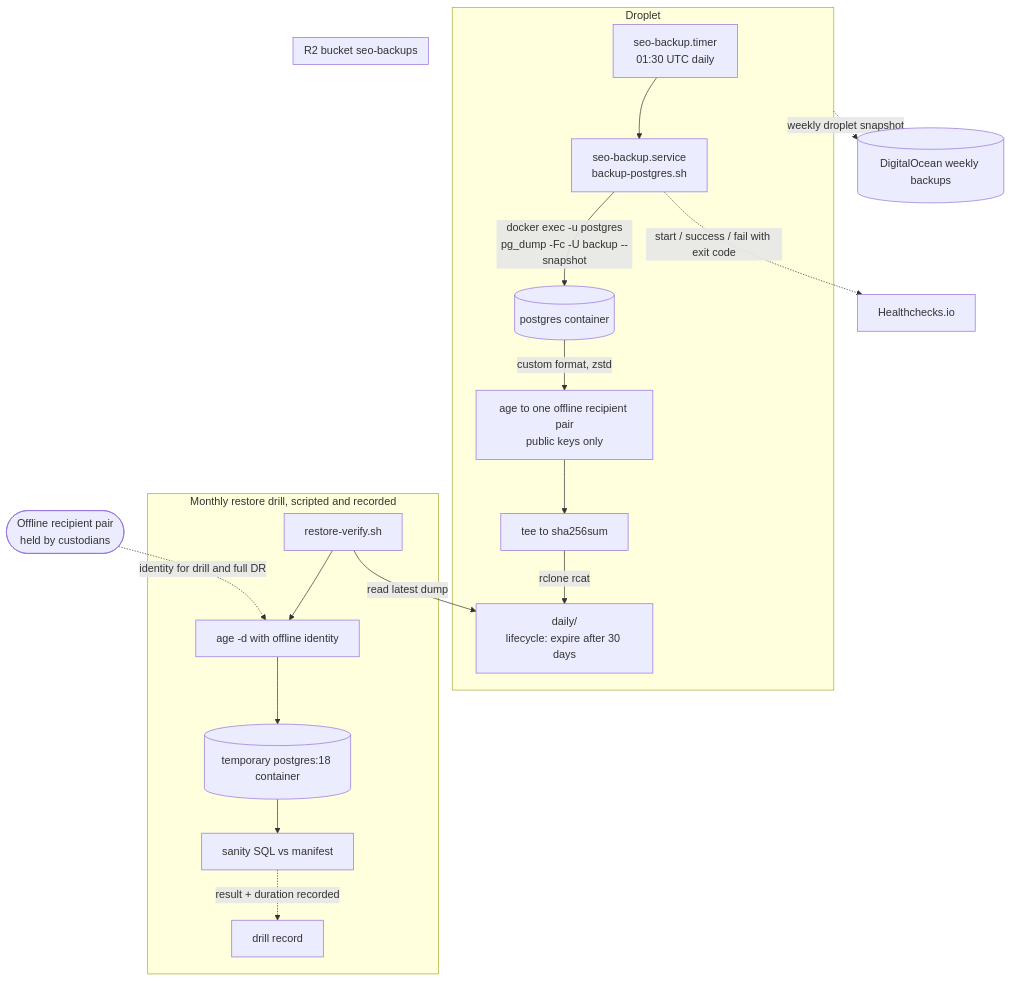
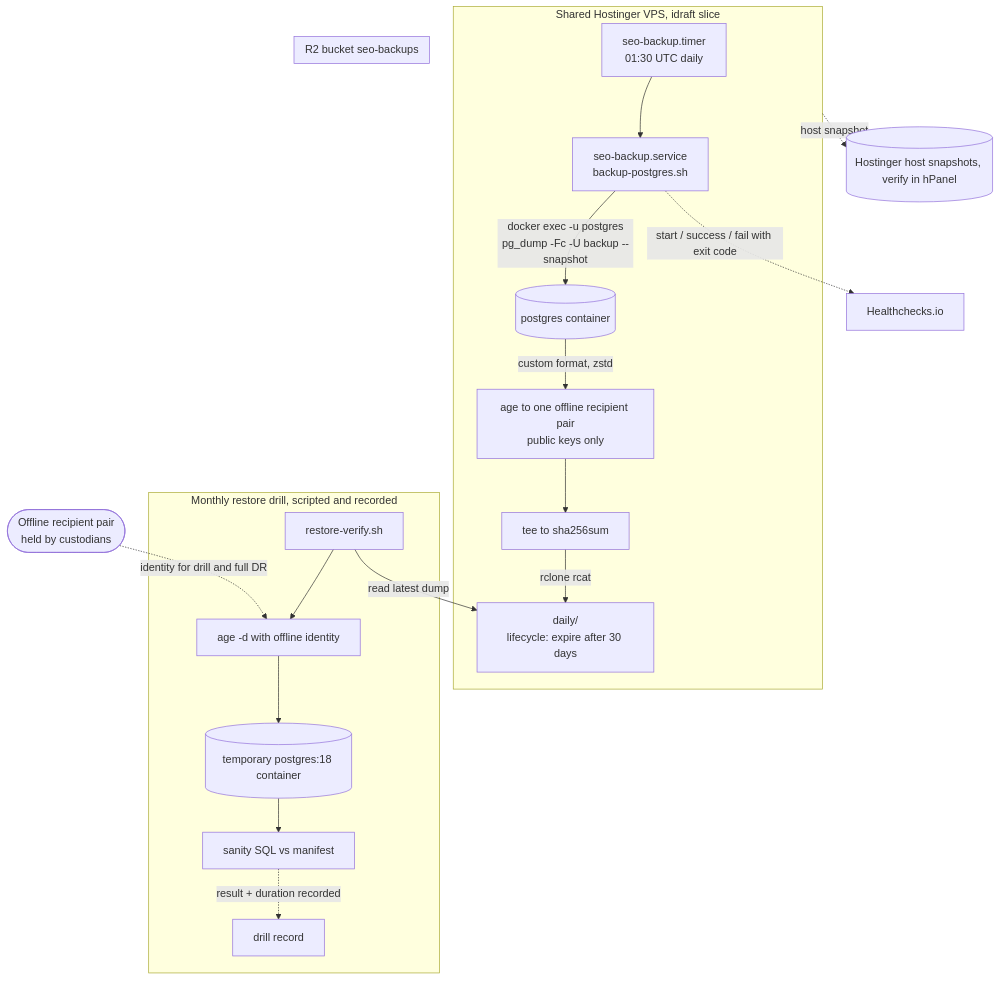
Before and after one commit to digibranders/idraft: diagram 15 of 18 in docs/diagrams/README.md, drawn with Mermaid. The commit also changed other lines of this file and 36 other files, not shown here.

First line of the commit message:
Docs: record the shared Hostinger VPS (ADR-023) across the specification

````diff
--- a/docs/diagrams/README.md
+++ b/docs/diagrams/README.md
@@ -517,31 +523,31 @@
 ```mermaid
 flowchart TB
-    subgraph droplet[Droplet]
+    subgraph droplet[Shared Hostinger VPS, idraft slice]
         timer[seo-backup.timer<br/>01:30 UTC daily]
         svc[seo-backup.service<br/>backup-postgres.sh]
         pg[(postgres container)]
         timer --> svc
         svc -->|docker exec -u postgres<br/>pg_dump -Fc -U backup --snapshot| pg
         pg -->|custom format, zstd| enc[age to one offline recipient pair<br/>public keys only]
         enc --> tee[tee to sha256sum]
         tee -->|rclone rcat| daily
     end
 
     subgraph r2b[R2 bucket seo-backups]
         daily[daily/<br/>lifecycle: expire after 30 days]
     end
 
-    droplet -. weekly droplet snapshot .-> dobk[(DigitalOcean weekly backups)]
+    droplet -. host snapshot .-> hzbk[(Hostinger host snapshots, verify in hPanel)]
     svc -. start / success / fail with exit code .-> hc[Healthchecks.io]
 
     subgraph drill[Monthly restore drill, scripted and recorded]
         rv[restore-verify.sh]
         rv -->|read latest dump| daily
         rv --> dec[age -d with offline identity]
         dec --> scratch[(temporary postgres:18 container)]
         scratch --> sanity[sanity SQL vs manifest]
         sanity -. result + duration recorded .-> log[drill record]
     end
 
     custodians([Offline recipient pair<br/>held by custodians]) -. identity for drill and full DR .-> dec
 ```
````
